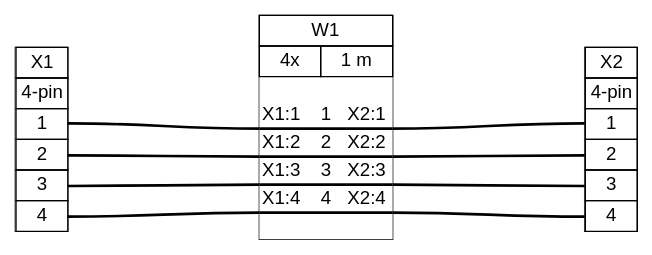
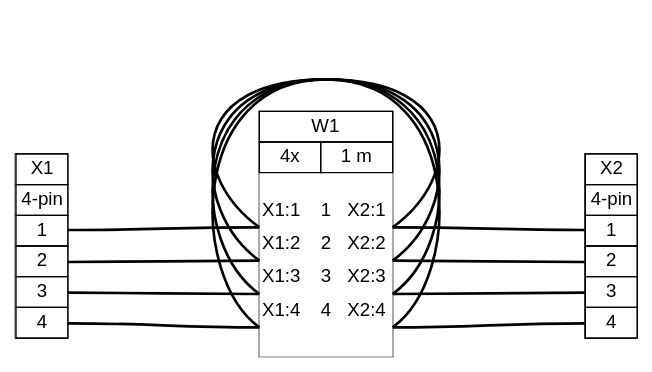
Before and after one commit to tobiasfalk/WireViz: the diagram in tutorial/tutorial01.gv, drawn with Graphviz. The commit also changed 137 other files, not shown here.

```diff
--- a/tutorial/tutorial01.gv
+++ b/tutorial/tutorial01.gv
@@ -127,13 +127,7 @@
      <td align="right">X2:1 </td>
     </tr>
     <tr>
-     <td border="0" cellspacing="0" cellpadding="0" colspan="5" height="2" port="w1">
-      <table border="0" cellborder="0" cellspacing="0">
-       <tr>
-        <td bgcolor="#000000" border="0" cellpadding="0" colspan="5" height="2"></td>
-       </tr>
-      </table>
-     </td>
+     <td border="0" cellspacing="0" cellpadding="0" colspan="5" height="6" port="w1"></td>
     </tr>
     <tr>
      <td align="left"> X1:2</td>
@@ -143,13 +137,7 @@
      <td align="right">X2:2 </td>
     </tr>
     <tr>
-     <td border="0" cellspacing="0" cellpadding="0" colspan="5" height="2" port="w2">
-      <table border="0" cellborder="0" cellspacing="0">
-       <tr>
-        <td bgcolor="#000000" border="0" cellpadding="0" colspan="5" height="2"></td>
-       </tr>
-      </table>
-     </td>
+     <td border="0" cellspacing="0" cellpadding="0" colspan="5" height="6" port="w2"></td>
     </tr>
     <tr>
      <td align="left"> X1:3</td>
@@ -159,13 +147,7 @@
      <td align="right">X2:3 </td>
     </tr>
     <tr>
-     <td border="0" cellspacing="0" cellpadding="0" colspan="5" height="2" port="w3">
-      <table border="0" cellborder="0" cellspacing="0">
-       <tr>
-        <td bgcolor="#000000" border="0" cellpadding="0" colspan="5" height="2"></td>
-       </tr>
-      </table>
-     </td>
+     <td border="0" cellspacing="0" cellpadding="0" colspan="5" height="6" port="w3"></td>
     </tr>
     <tr>
      <td align="left"> X1:4</td>
@@ -175,13 +157,7 @@
      <td align="right">X2:4 </td>
     </tr>
     <tr>
-     <td border="0" cellspacing="0" cellpadding="0" colspan="5" height="2" port="w4">
-      <table border="0" cellborder="0" cellspacing="0">
-       <tr>
-        <td bgcolor="#000000" border="0" cellpadding="0" colspan="5" height="2"></td>
-       </tr>
-      </table>
-     </td>
+     <td border="0" cellspacing="0" cellpadding="0" colspan="5" height="6" port="w4"></td>
     </tr>
     <tr>
      <td>&nbsp;</td>
@@ -203,4 +179,8 @@
 	edge [color="#000000"]
 	X1:p4r:e -- W1:w4:w
 	W1:w4:e -- X2:p4l:w
+	W1:w1:e -- W1:w1:w [color="#000000" straight=straight]
+	W1:w2:e -- W1:w2:w [color="#000000" straight=straight]
+	W1:w3:e -- W1:w3:w [color="#000000" straight=straight]
+	W1:w4:e -- W1:w4:w [color="#000000" straight=straight]
 }
```
